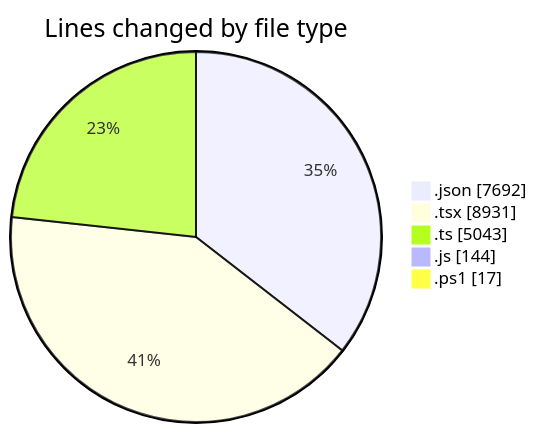
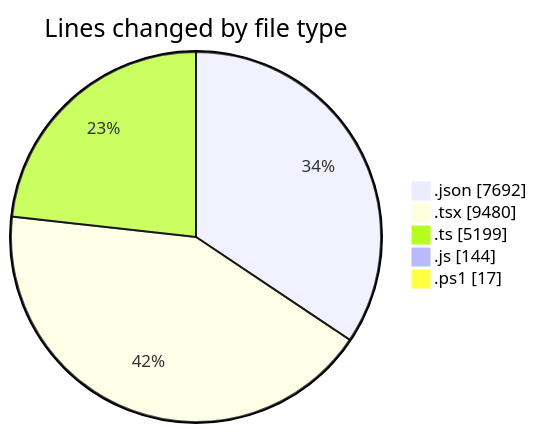
One commit to CELIANVF/code-tracking changed the first of 2 diagrams in 2025-06-10/ecodeli-1/README.md. Above: the diagram before and after it, drawn with Mermaid. The commit also changed other lines of this file and 1 other file, not shown here.

````diff
--- a/2025-06-10/ecodeli-1/README.md
+++ b/2025-06-10/ecodeli-1/README.md
@@ -68,9 +70,9 @@
 ```mermaid
 pie showData
 title Lines changed by file type
 ".json" : 7692
-".tsx" : 8931
-".ts" : 5043
+".tsx" : 9480
+".ts" : 5199
 ".js" : 144
 ".ps1" : 17
 ```
````
